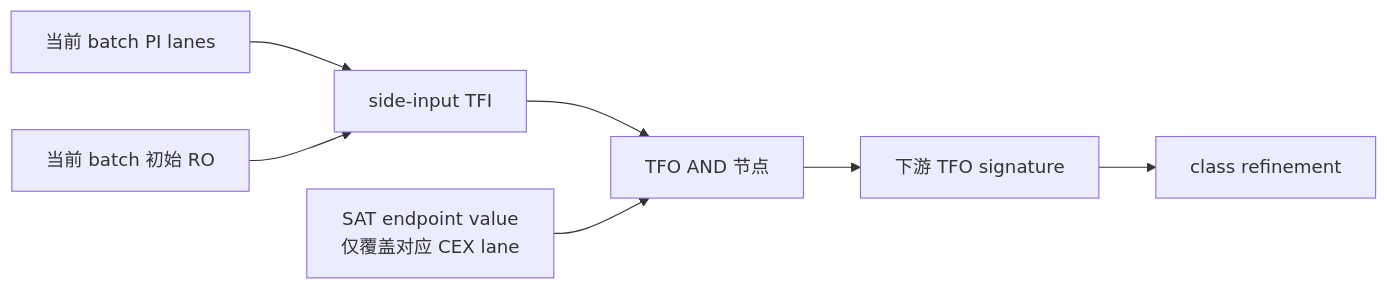
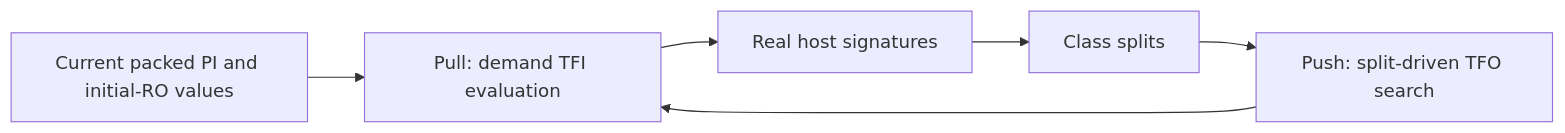
The fifth of 5 diagrams in md/scorr_simulation_flow_comparison.md (zxxr1113/abc), drawn with Mermaid before and after one commit. The commit also changed other lines of this file and 3 other files, not shown here.

Commit message:
cec: diagnose cex before incremental tfo simulation

````diff
--- a/md/scorr_simulation_flow_comparison.md
+++ b/md/scorr_simulation_flow_comparison.md
@@ -133,9 +264,8 @@
 ```mermaid
 flowchart LR
-    PI["当前 batch PI lanes"] --> S["side-input TFI"]
-    RO["当前 batch 初始 RO"] --> S
-    S --> X["TFO AND 节点"]
-    EP["SAT endpoint value<br/>仅覆盖对应 CEX lane"] --> X
-    X --> Y["下游 TFO signature"]
-    Y --> R["class refinement"]
+    A["Current packed PI and initial-RO values"] --> B["Pull: demand TFI evaluation"]
+    B --> C["Real host signatures"]
+    C --> D["Class splits"]
+    D --> E["Push: split-driven TFO search"]
+    E --> B
 ```
````
